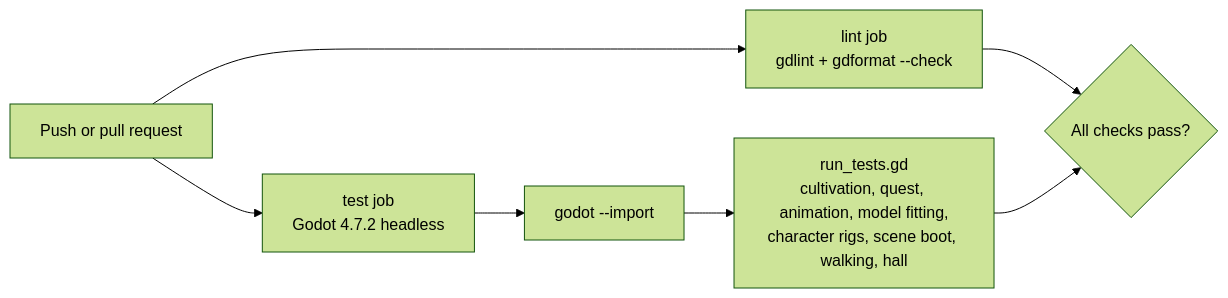
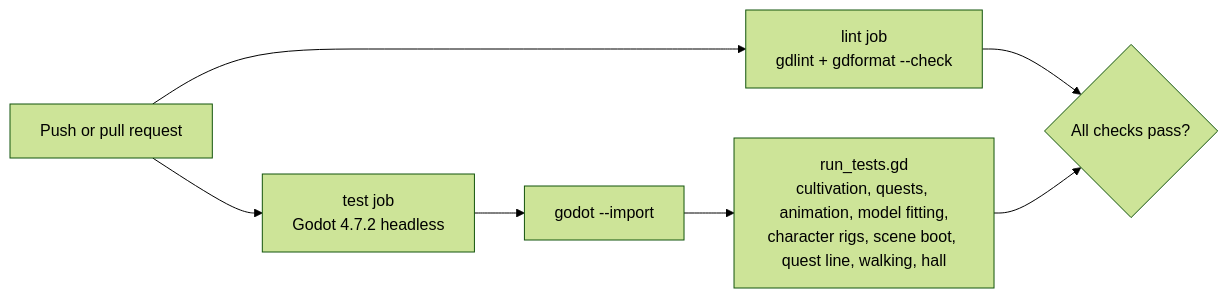
Diagram 13 of 13 in docs/architecture.md (jgyy/trixian), drawn with Mermaid (forest theme) before and after one commit. The commit also changed other lines of this file and 32 other files, not shown here.

Commit message:
Fix patchy character faces on the Compatibility renderer, fix combat bugs, add quests (#7)

````diff
--- a/docs/architecture.md
+++ b/docs/architecture.md
@@ -289,9 +362,9 @@
 ```mermaid
 flowchart LR
     push["Push or pull request"] --> lint["lint job<br/>gdlint + gdformat --check"]
     push --> test["test job<br/>Godot 4.7.2 headless"]
     test --> import["godot --import"]
-    import --> run["run_tests.gd<br/>cultivation, quest, animation, model fitting,<br/>character rigs, scene boot, walking, hall"]
+    import --> run["run_tests.gd<br/>cultivation, quests, animation, model fitting,<br/>character rigs, scene boot, quest line, walking, hall"]
     lint --> result{"All checks pass?"}
     run --> result
 ```
````
